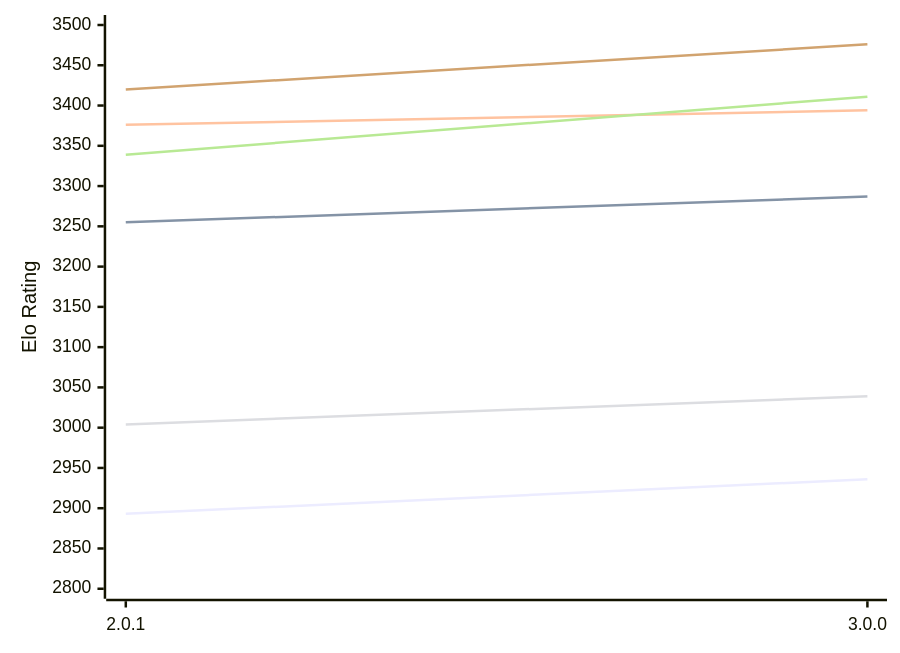
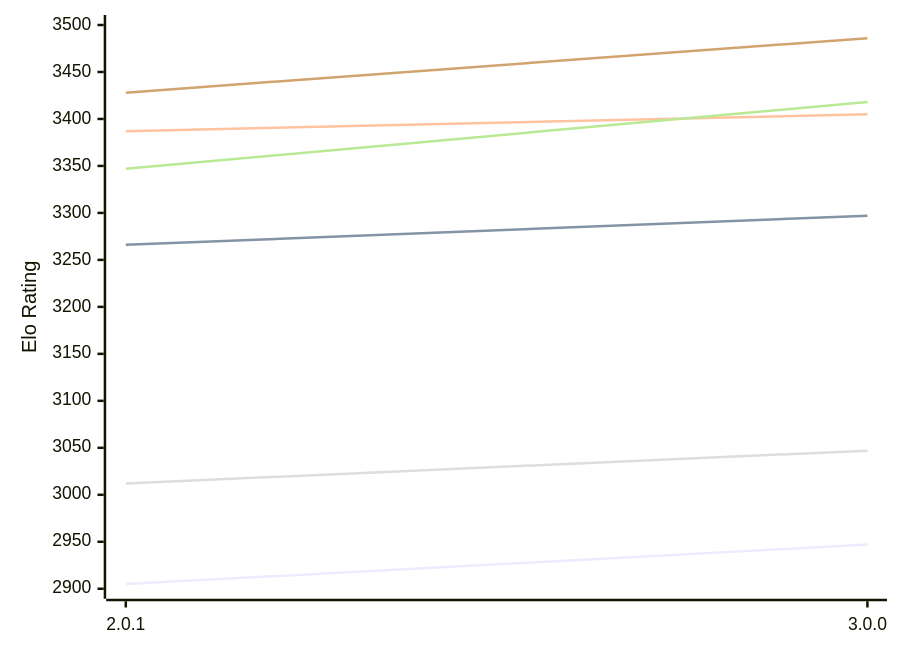
The first of 2 diagrams in engines/Grail.md (computer-chess-index/cci), drawn with Mermaid before and after one commit. The commit also changed other lines of this file, not shown here.

Commit message:
Update CCI Ratings (ELO VLTC) - 2026-10-25

````diff
--- a/engines/Grail.md
+++ b/engines/Grail.md
@@ -56,12 +56,12 @@
 ```mermaid
 %%{init: {"theme":"base","themeVariables":{"seriesColors:['#a3a3a3','#222221','#faa371']}}}%%
 xychart-beta
   x-axis ["2.0.1", "3.0.0"]
-  y-axis "Elo Rating" 2800 --> 3500
-  line "E1: STC (8.0+0.08s)" [2893, 2936]
-  line "E1: LTC (60.0+0.60s)" [3255, 3287]
-  line "E1: VLTC (2m24s+1.12s)" [3376, 3394]
-  line "P1: STC (8.0+0.08s)" [3004, 3039]
-  line "P1: LTC (60.0+0.60s)" [3339, 3411]
-  line "P1: VLTC (2m24s+1.12s)" [3420, 3476]
+  y-axis "Elo Rating" 2900 --> 3500
+  line "E1: STC (8.0+0.08s)" [2905, 2947]
+  line "E1: LTC (60.0+0.60s)" [3266, 3297]
+  line "E1: VLTC (2m24s+1.12s)" [3387, 3405]
+  line "P1: STC (8.0+0.08s)" [3012, 3047]
+  line "P1: LTC (60.0+0.60s)" [3347, 3418]
+  line "P1: VLTC (2m24s+1.12s)" [3428, 3486]
 ```
````
